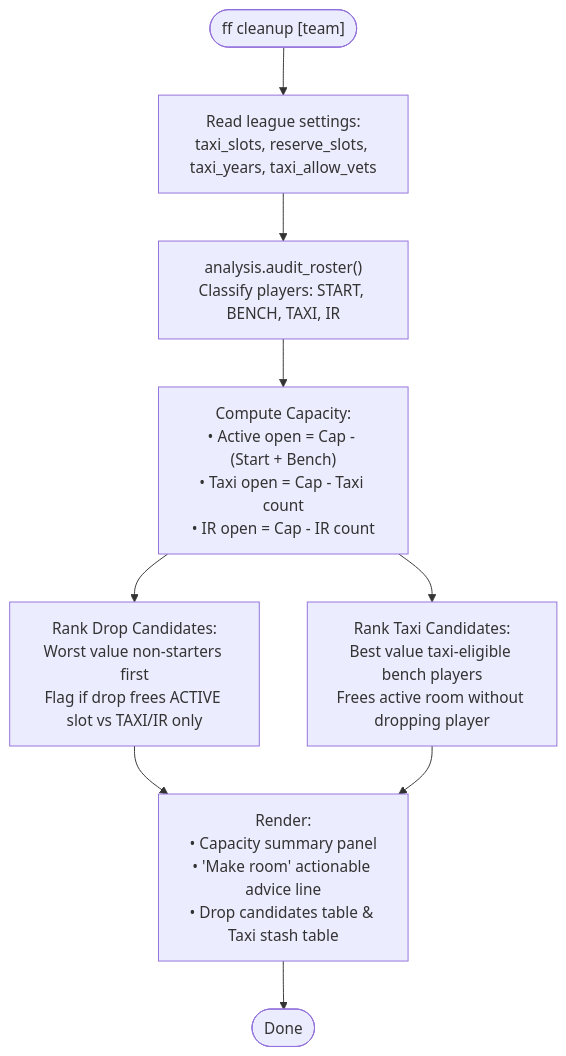
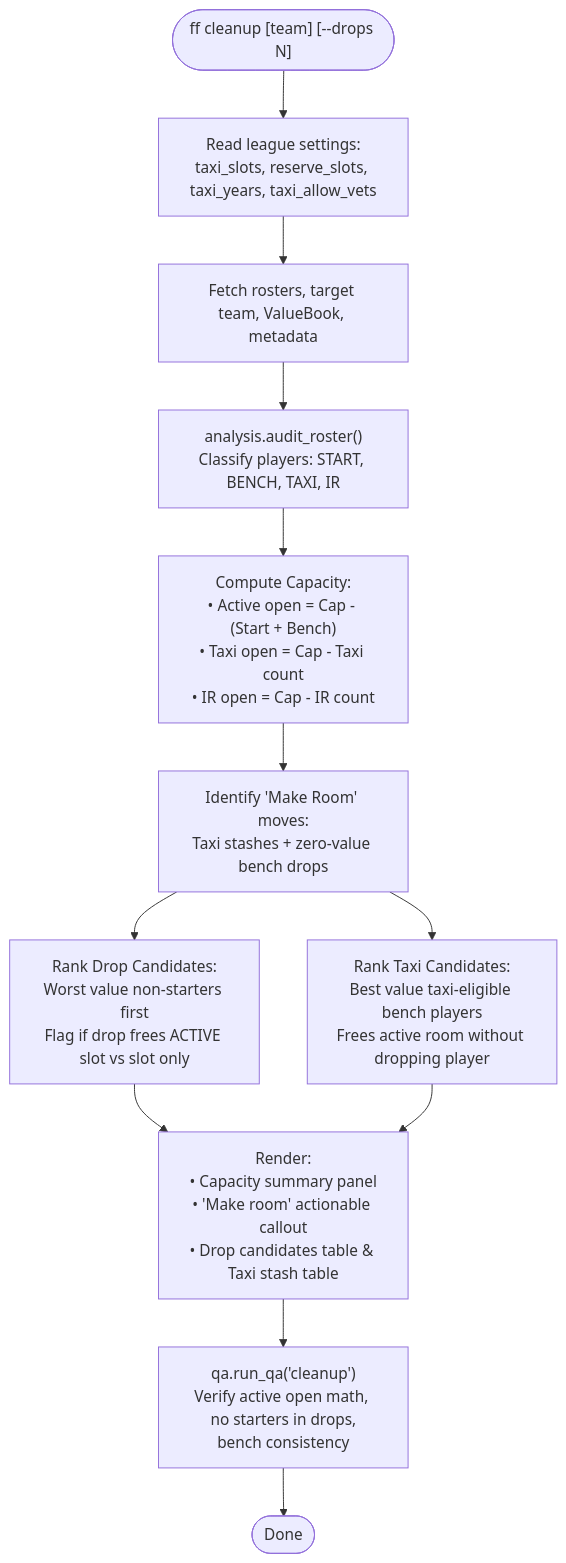
Diagram 11 of 17 in README.md (savvides/ff), drawn with Mermaid before and after one commit. The commit also changed other lines of this file and 26 other files, not shown here.

````diff
--- a/README.md
+++ b/README.md
@@ -293,10 +312,13 @@
 ```mermaid
 flowchart TD
-    Start(["ff cleanup [team]"]) --> ReadRules["Read league settings:\ntaxi_slots, reserve_slots, taxi_years, taxi_allow_vets"]
-    ReadRules --> Audit["analysis.audit_roster()\nClassify players: START, BENCH, TAXI, IR"]
+    Start(["ff cleanup [team] [--drops N]"]) --> ReadRules["Read league settings:\ntaxi_slots, reserve_slots, taxi_years, taxi_allow_vets"]
+    ReadRules --> FetchData["Fetch rosters, target team, ValueBook, metadata"]
+    FetchData --> Audit["analysis.audit_roster()\nClassify players: START, BENCH, TAXI, IR"]
     Audit --> CalcCap["Compute Capacity:\n• Active open = Cap - (Start + Bench)\n• Taxi open = Cap - Taxi count\n• IR open = Cap - IR count"]
-    CalcCap --> Drops["Rank Drop Candidates:\nWorst value non-starters first\nFlag if drop frees ACTIVE slot vs TAXI/IR only"]
-    CalcCap --> Taxi["Rank Taxi Candidates:\nBest value taxi-eligible bench players\nFrees active room without dropping player"]
-    Drops & Taxi --> Render["Render:\n• Capacity summary panel\n• 'Make room' actionable advice line\n• Drop candidates table & Taxi stash table"]
-    Render --> Done(["Done"])
+    CalcCap --> MakeRoom["Identify 'Make Room' moves:\nTaxi stashes + zero-value bench drops"]
+    MakeRoom --> Drops["Rank Drop Candidates:\nWorst value non-starters first\nFlag if drop frees ACTIVE slot vs slot only"]
+    MakeRoom --> Taxi["Rank Taxi Candidates:\nBest value taxi-eligible bench players\nFrees active room without dropping player"]
+    Drops & Taxi --> Render["Render:\n• Capacity summary panel\n• 'Make room' actionable callout\n• Drop candidates table & Taxi stash table"]
+    Render --> QA["qa.run_qa('cleanup')\nVerify active open math, no starters in drops,\nbench consistency"]
+    QA --> Done(["Done"])
 ```
````
